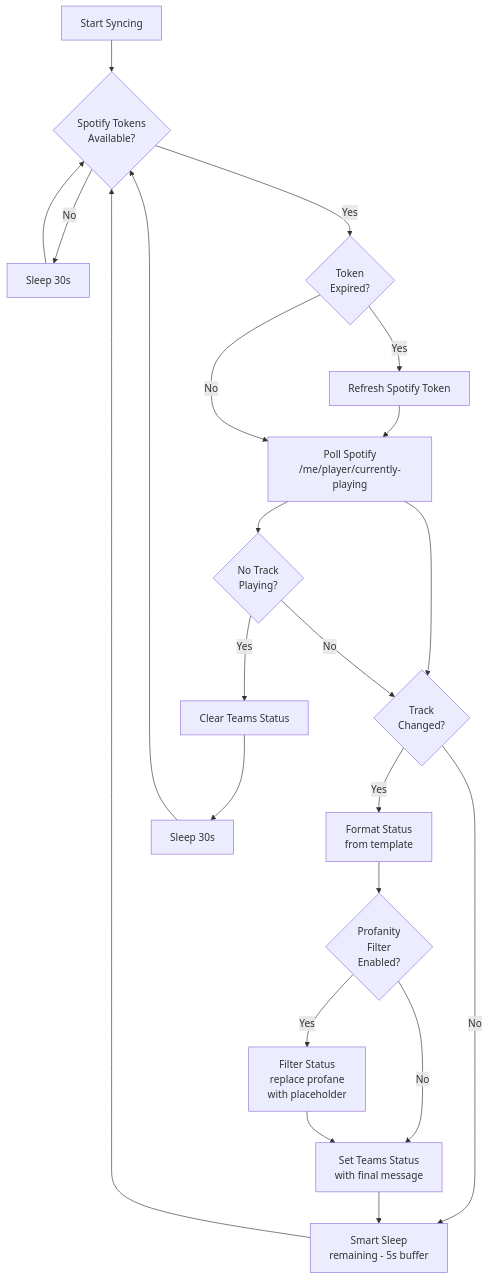
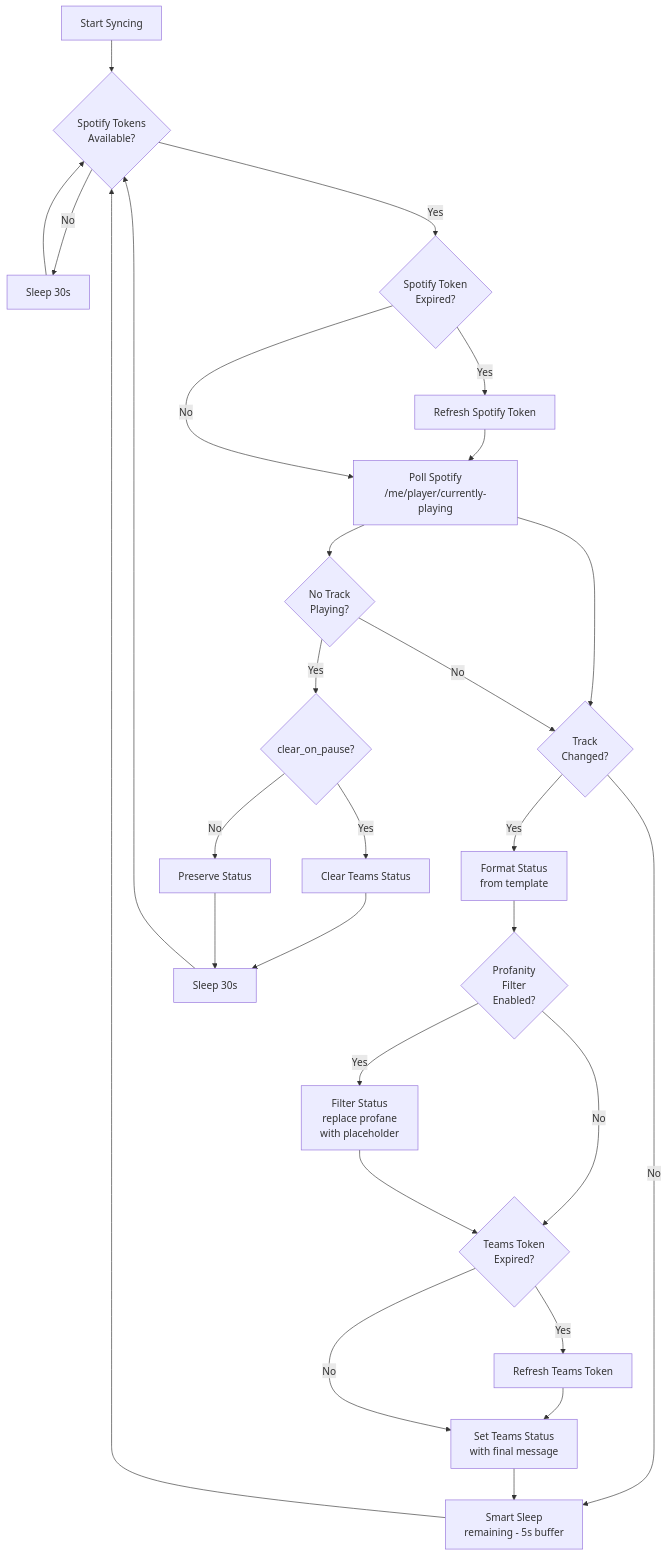
Before and after one commit to Carme99/PresenceJam-Desktop: the seventh of 8 diagrams in ARCHITECTURE.md, drawn with Mermaid. The commit also changed other lines of this file and 15 other files, not shown here.

First line of the commit message:
fix: crash recovery, Teams token refresh, config wiring, dev logging (v2.3.7) (#20)

````diff
--- a/ARCHITECTURE.md
+++ b/ARCHITECTURE.md
@@ -210,21 +217,26 @@
 ```mermaid
 flowchart TD
     START[Start Syncing] --> TOKEN_CHECK{Spotify Tokens<br/>Available?}
     TOKEN_CHECK -->|No| WAIT_30[Sleep 30s] --> TOKEN_CHECK
-    TOKEN_CHECK -->|Yes| EXPIRED{Token<br/>Expired?}
-    EXPIRED -->|Yes| REFRESH[Refresh Spotify Token] --> TRACK_POLL
-    EXPIRED -->|No| TRACK_POLL[Poll Spotify<br/>/me/player/currently-playing]
+    TOKEN_CHECK -->|Yes| SPOTIFY_EXPIRED{Spotify Token<br/>Expired?}
+    SPOTIFY_EXPIRED -->|Yes| REFRESH_SPOTIFY[Refresh Spotify Token] --> TRACK_POLL
+    SPOTIFY_EXPIRED -->|No| TRACK_POLL[Poll Spotify<br/>/me/player/currently-playing]
     TRACK_POLL --> TRACK_CHANGED{Track<br/>Changed?}
     TRACK_CHANGED -->|No| SLEEP_SMART[Smart Sleep<br/>remaining - 5s buffer]
     TRACK_CHANGED -->|Yes| FORMAT_STATUS[Format Status<br/>from template]
     FORMAT_STATUS --> PROFANITY_CHECK{Profanity<br/>Filter<br/>Enabled?}
     PROFANITY_CHECK -->|Yes| FILTER_PROFANITY[Filter Status<br/>replace profane<br/>with placeholder]
-    PROFANITY_CHECK -->|No| UPDATE_TEAMS
-    FILTER_PROFANITY --> UPDATE_TEAMS[Set Teams Status<br/>with final message]
+    PROFANITY_CHECK -->|No| TEAMS_TOKEN_CHECK
+    FILTER_PROFANITY --> TEAMS_TOKEN_CHECK{Teams Token<br/>Expired?}
+    TEAMS_TOKEN_CHECK -->|Yes| REFRESH_TEAMS[Refresh Teams Token] --> UPDATE_TEAMS
+    TEAMS_TOKEN_CHECK -->|No| UPDATE_TEAMS[Set Teams Status<br/>with final message]
     UPDATE_TEAMS --> SLEEP_SMART
     SLEEP_SMART --> TOKEN_CHECK
     TRACK_POLL --> NO_TRACK{No Track<br/>Playing?}
-    NO_TRACK -->|Yes| CLEAR_STATUS[Clear Teams Status]
+    NO_TRACK -->|Yes| CLEAR_CHECK{clear_on_pause?}
+    CLEAR_CHECK -->|Yes| CLEAR_STATUS[Clear Teams Status]
+    CLEAR_CHECK -->|No| PRESERVE_STATUS[Preserve Status]
+    CLEAR_STATUS --> SLEEP_30[Sleep 30s] --> TOKEN_CHECK
+    PRESERVE_STATUS --> SLEEP_30
     NO_TRACK -->|No| TRACK_CHANGED
-    CLEAR_STATUS --> SLEEP_30[Sleep 30s] --> TOKEN_CHECK
 ```
````
